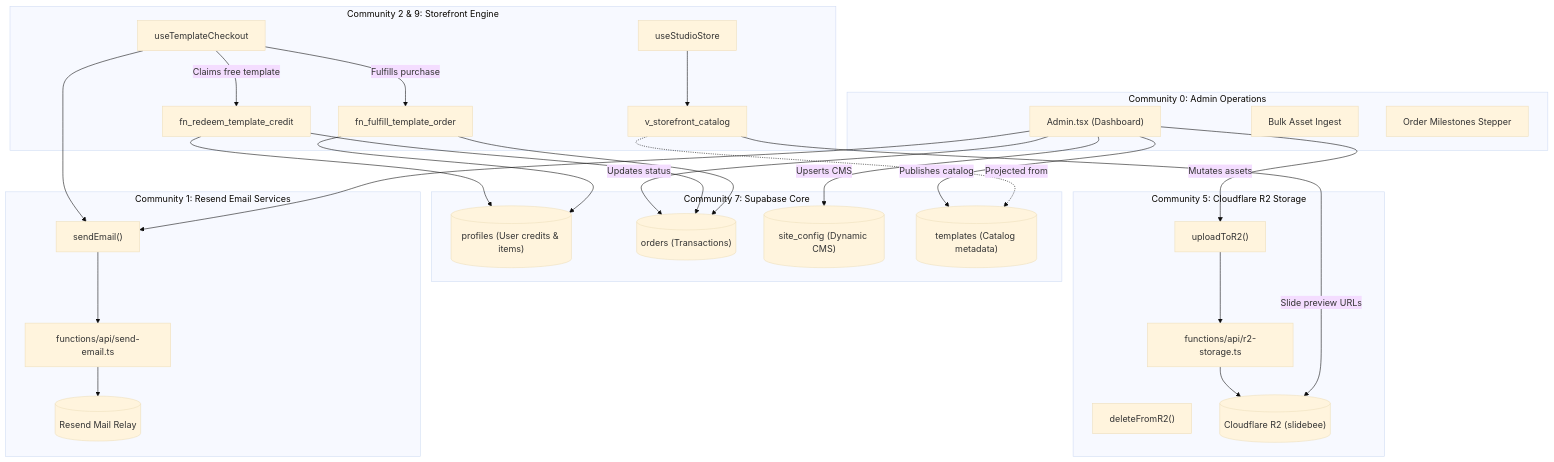
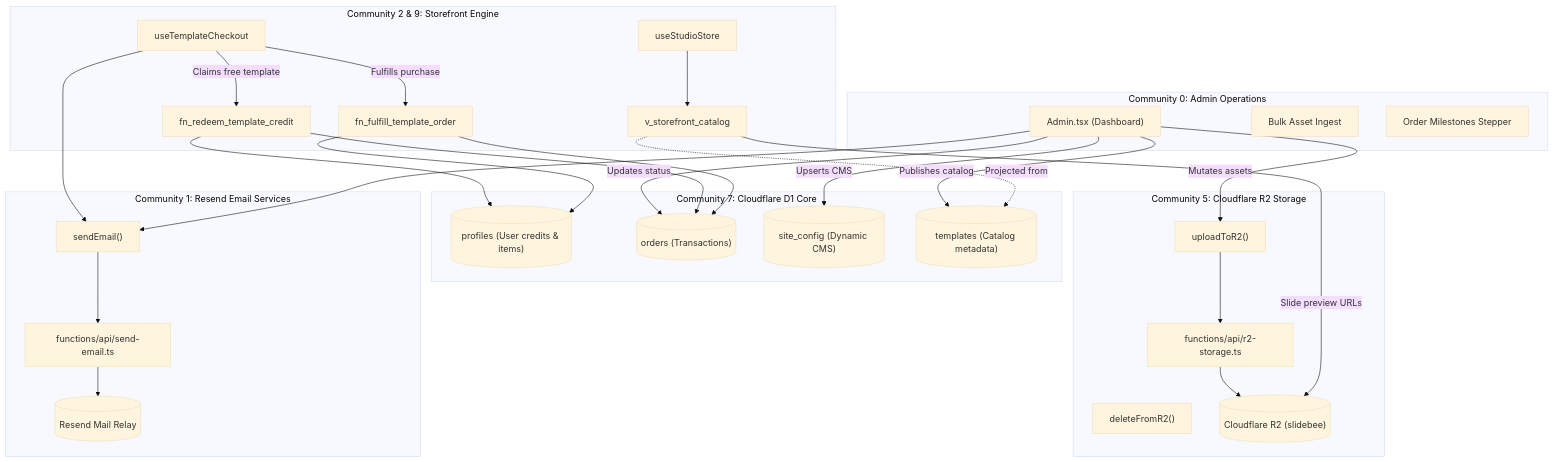
The fifth of 5 diagrams in architecture.md (theslidebee-afk/slidebee), drawn with Mermaid (base theme) before and after one commit. The commit also changed other lines of this file and 103 other files, not shown here.

````diff
--- a/architecture.md
+++ b/architecture.md
@@ -184,61 +184,61 @@
 ```mermaid
 graph TD
     subgraph Admin_Operations["Community 0: Admin Operations"]
         AdminUI["Admin.tsx (Dashboard)"]
         BulkImport["Bulk Asset Ingest"]
         Milestones["Order Milestones Stepper"]
     end
 
     subgraph Storage_Layer["Community 5: Cloudflare R2 Storage"]
         R2Upload["uploadToR2()"]
         R2Delete["deleteFromR2()"]
         R2Proxy["functions/api/r2-storage.ts"]
         R2Bucket[("Cloudflare R2 (slidebee)")]
     end
 
-    subgraph Relational_Data["Community 7: Supabase Core"]
+    subgraph Relational_Data["Community 7: Cloudflare D1 Core"]
         Profiles[("profiles (User credits & items)")]
         Orders[("orders (Transactions)")]
         SiteConfig[("site_config (Dynamic CMS)")]
         TemplatesTable[("templates (Catalog metadata)")]
     end
 
     subgraph Storefront_Client["Community 2 & 9: Storefront Engine"]
         StoreHook["useStudioStore"]
         CheckoutHook["useTemplateCheckout"]
         CatalogView["v_storefront_catalog"]
         CreditRPC["fn_redeem_template_credit"]
         OrderRPC["fn_fulfill_template_order"]
     end
 
     subgraph Email_Relay["Community 1: Resend Email Services"]
         EmailHub["sendEmail()"]
         EmailProxy["functions/api/send-email.ts"]
         ResendAPI[("Resend Mail Relay")]
     end
 
     %% Edge Flows
     AdminUI -->|Mutates assets| R2Upload
     R2Upload --> R2Proxy
     R2Proxy --> R2Bucket
 
     AdminUI -->|Upserts CMS| SiteConfig
     AdminUI -->|Updates status| Orders
     AdminUI -->|Publishes catalog| TemplatesTable
 
     StoreHook --> CatalogView
     CatalogView -.->|Projected from| TemplatesTable
     CatalogView -->|Slide preview URLs| R2Bucket
 
     CheckoutHook -->|Claims free template| CreditRPC
     CheckoutHook -->|Fulfills purchase| OrderRPC
     CreditRPC --> Profiles
     CreditRPC --> Orders
     OrderRPC --> Orders
     OrderRPC --> Profiles
 
     CheckoutHook --> EmailHub
     AdminUI --> EmailHub
     EmailHub --> EmailProxy
     EmailProxy --> ResendAPI
 ```
````
